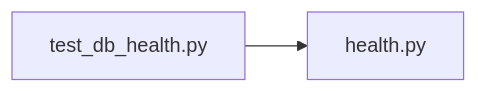
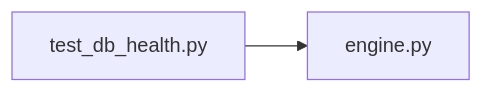
Before and after one commit to minkong-dev/Banblit: the diagram in .cluedoc/graph/backend/tests/unit/test_db_health.md, drawn with Mermaid. The commit also changed other lines of this file and 78 other files, not shown here.

````diff
--- a/.cluedoc/graph/backend/tests/unit/test_db_health.md
+++ b/.cluedoc/graph/backend/tests/unit/test_db_health.md
@@ -10,5 +10,5 @@
 ```mermaid
 flowchart LR
   backend_tests_unit_test_db_health["test_db_health.py"]
-  backend_tests_unit_test_db_health --> backend_src_backend_db_health["health.py"]
+  backend_tests_unit_test_db_health --> backend_src_backend_db_engine["engine.py"]
 ```
````
